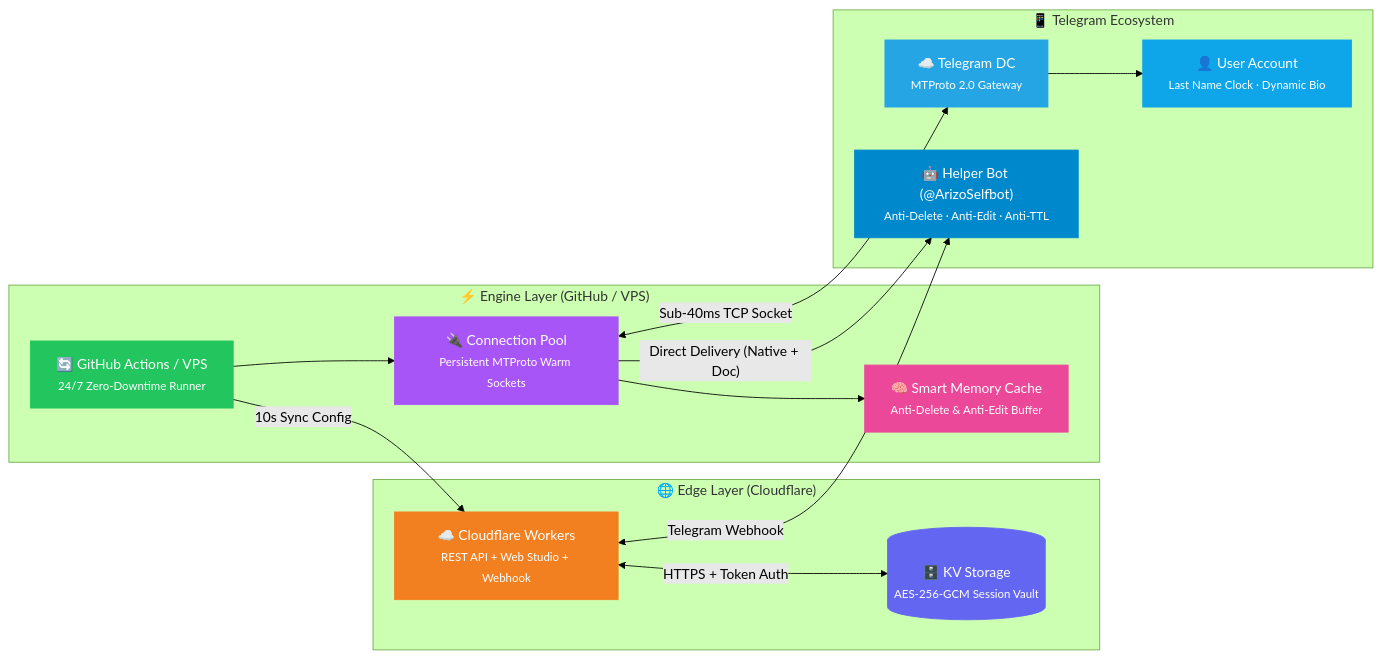
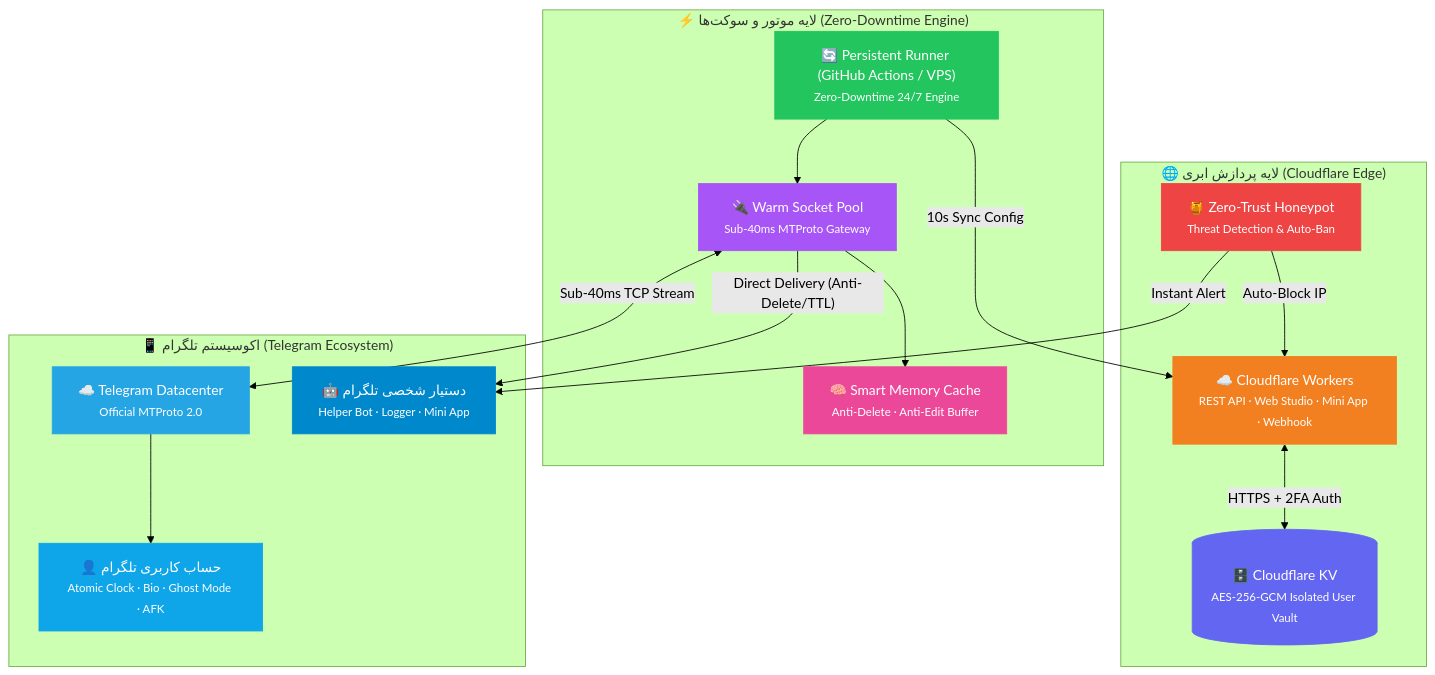
Before and after one commit to ArizoOwner/arizo-runner: the diagram in README.md, drawn with Mermaid (forest theme). The commit also changed other lines of this file, not shown here.

Commit message:
✨ Feature: Merge 2FA TOTP, Honeypot defense, Audit logger, Encrypted backup & 32 Clock fonts (README.md)

````diff
--- a/README.md
+++ b/README.md
@@ -173,37 +271,40 @@
 ```mermaid
-graph LR
-    subgraph "🌐 Edge Layer (Cloudflare)"
-        CF["☁️ Cloudflare Workers<br/><small>REST API + Web Studio + Webhook</small>"]
-        KV[("🗄️ KV Storage<br/><small>AES-256-GCM Session Vault</small>")]
+graph TD
+    subgraph "🌐 لایه پردازش ابری (Cloudflare Edge)"
+        CF["☁️ Cloudflare Workers<br/><small>REST API · Web Studio · Mini App · Webhook</small>"]
+        KV[("🗄️ Cloudflare KV<br/><small>AES-256-GCM Isolated User Vault</small>")]
+        HONEY["🍯 Zero-Trust Honeypot<br/><small>Threat Detection & Auto-Ban</small>"]
     end
 
-    subgraph "⚡ Engine Layer (GitHub / VPS)"
-        GH["🔄 GitHub Actions / VPS<br/><small>24/7 Zero-Downtime Runner</small>"]
-        POOL["🔌 Connection Pool<br/><small>Persistent MTProto Warm Sockets</small>"]
-        CACHE["🧠 Smart Memory Cache<br/><small>Anti-Delete & Anti-Edit Buffer</small>"]
+    subgraph "⚡ لایه موتور و سوکت‌ها (Zero-Downtime Engine)"
+        RUNNER["🔄 Persistent Runner (GitHub Actions / VPS)<br/><small>Zero-Downtime 24/7 Engine</small>"]
+        SOCKET["🔌 Warm Socket Pool<br/><small>Sub-40ms MTProto Gateway</small>"]
+        CACHE["🧠 Smart Memory Cache<br/><small>Anti-Delete · Anti-Edit Buffer</small>"]
     end
 
-    subgraph "📱 Telegram Ecosystem"
-        TG["☁️ Telegram DC<br/><small>MTProto 2.0 Gateway</small>"]
-        BOT["🤖 Helper Bot (@ArizoSelfbot)<br/><small>Anti-Delete · Anti-Edit · Anti-TTL</small>"]
-        USER["👤 User Account<br/><small>Last Name Clock · Dynamic Bio</small>"]
+    subgraph "📱 اکوسیستم تلگرام (Telegram Ecosystem)"
+        DC["☁️ Telegram Datacenter<br/><small>Official MTProto 2.0</small>"]
+        BOT["🤖 دستیار شخصی تلگرام<br/><small>Helper Bot · Logger · Mini App</small>"]
+        USER["👤 حساب کاربری تلگرام<br/><small>Atomic Clock · Bio · Ghost Mode · AFK</small>"]
     end
 
-    CF <-->|"HTTPS + Token Auth"| KV
-    CF <-->|"Telegram Webhook"| BOT
-    GH -->|"10s Sync Config"| CF
-    GH --> POOL
-    POOL --> CACHE
-    POOL <-->|"Sub-40ms TCP Socket"| TG
-    TG --> USER
-    POOL -->|"Direct Delivery (Native + Doc)"| BOT
+    CF <-->|"HTTPS + 2FA Auth"| KV
+    HONEY -->|"Auto-Block IP"| CF
+    HONEY -->|"Instant Alert"| BOT
+    RUNNER -->|"10s Sync Config"| CF
+    RUNNER --> SOCKET
+    SOCKET --> CACHE
+    SOCKET <-->|"Sub-40ms TCP Stream"| DC
+    DC --> USER
+    SOCKET -->|"Direct Delivery (Anti-Delete/TTL)"| BOT
 
     style CF fill:#f38020,stroke:#f38020,color:#fff
     style KV fill:#6366f1,stroke:#6366f1,color:#fff
-    style GH fill:#22c55e,stroke:#22c55e,color:#fff
-    style POOL fill:#a855f7,stroke:#a855f7,color:#fff
+    style HONEY fill:#ef4444,stroke:#ef4444,color:#fff
+    style RUNNER fill:#22c55e,stroke:#22c55e,color:#fff
+    style SOCKET fill:#a855f7,stroke:#a855f7,color:#fff
     style CACHE fill:#ec4899,stroke:#ec4899,color:#fff
-    style TG fill:#26A5E4,stroke:#26A5E4,color:#fff
+    style DC fill:#26A5E4,stroke:#26A5E4,color:#fff
     style BOT fill:#0088cc,stroke:#0088cc,color:#fff
     style USER fill:#0ea5e9,stroke:#0ea5e9,color:#fff
 ```
````
